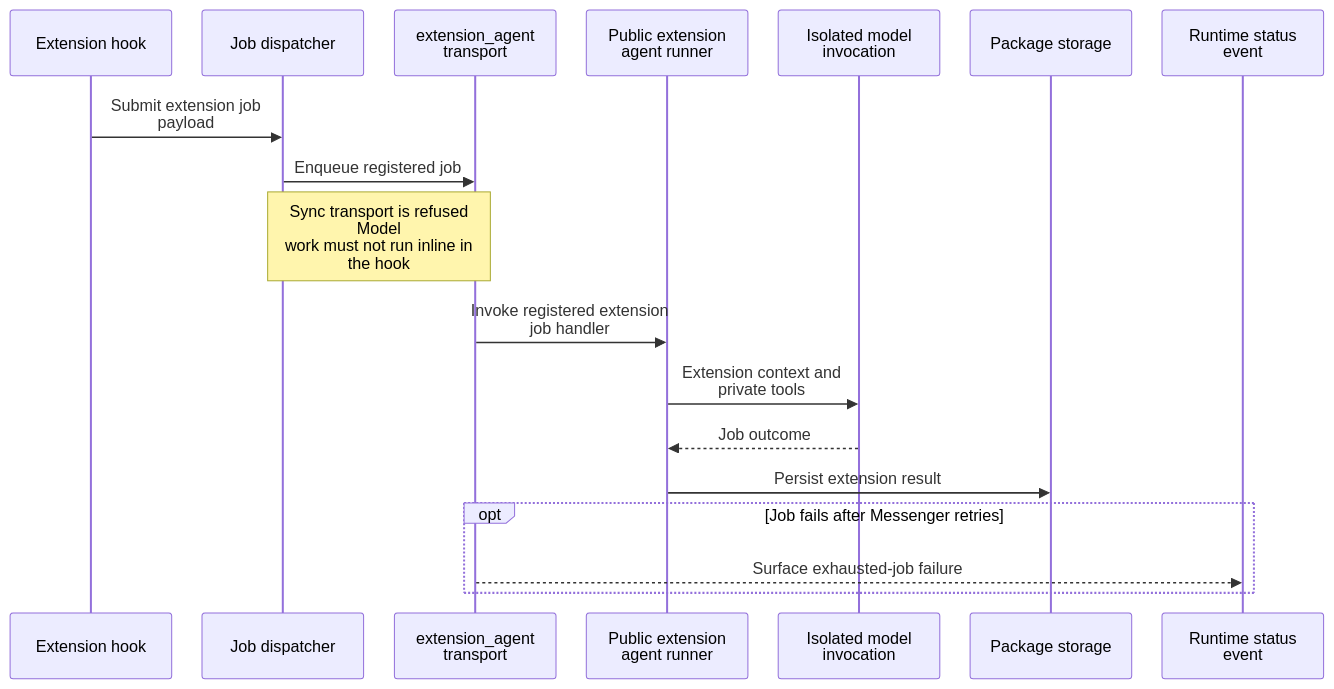
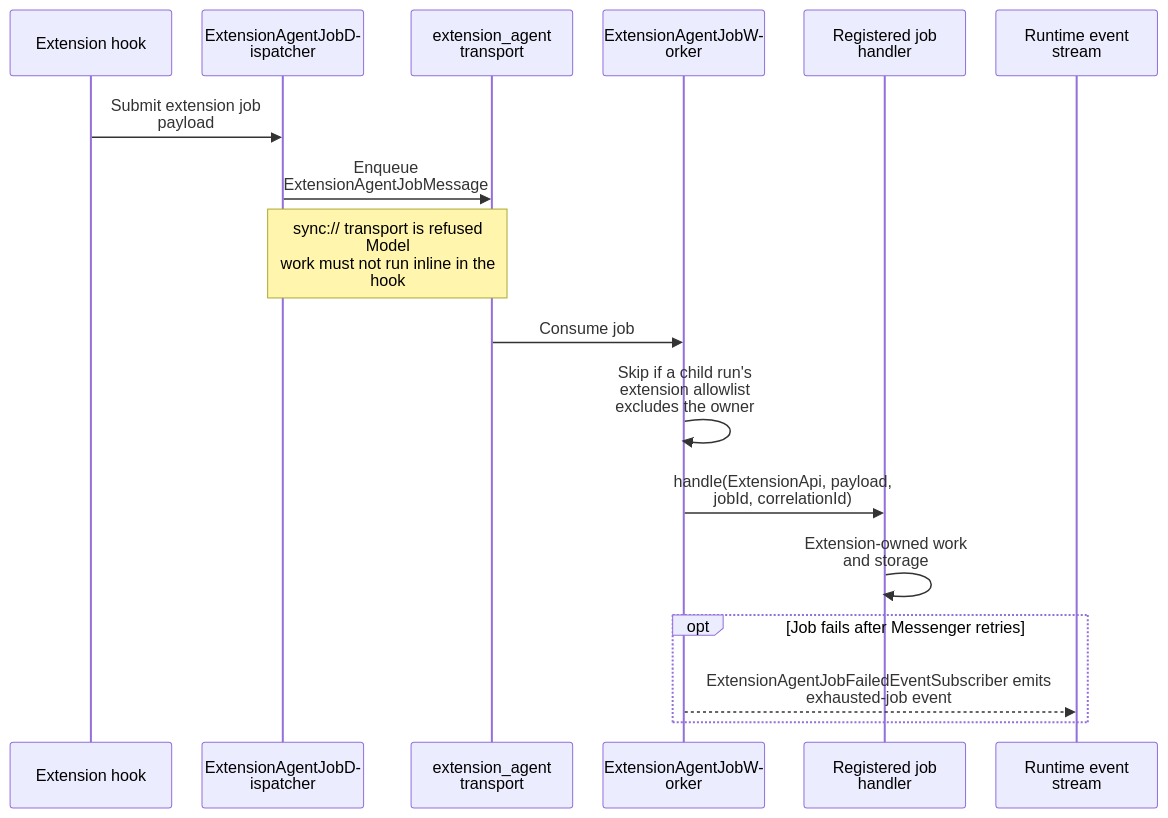
Before and after one commit to ineersa/agent-core: the fifth of 5 diagrams in architecture/extensions-and-agents.md, drawn with Mermaid. The commit also changed other lines of this file and 86 other files, not shown here.

First line of the commit message:
Fix documentation drift and expand architecture diagrams

````diff
--- a/architecture/extensions-and-agents.md
+++ b/architecture/extensions-and-agents.md
@@ -191,22 +207,21 @@
 ```mermaid
 %%{init: {"sequence": {"wrap": true, "width": 160, "actorMargin": 30, "diagramMarginX": 10, "messageMargin": 30}}}%%
 sequenceDiagram
     participant Hook as Extension hook
-    participant Dispatcher as Job dispatcher
+    participant Dispatcher as ExtensionAgentJobDispatcher
     participant Queue as extension_agent transport
-    participant Runner as Public extension agent runner
-    participant Model as Isolated model invocation
-    participant Package as Package storage
-    participant UI as Runtime status event
+    participant Worker as ExtensionAgentJobWorker
+    participant Handler as Registered job handler
+    participant UI as Runtime event stream
 
     Hook->>Dispatcher: Submit extension job payload
-    Dispatcher->>Queue: Enqueue registered job
-    Note over Dispatcher,Queue: Sync transport is refused<br/>Model work must not run inline in the hook
-    Queue->>Runner: Invoke registered extension job handler
-    Runner->>Model: Extension context and private tools
-    Model-->>Runner: Job outcome
-    Runner->>Package: Persist extension result
+    Dispatcher->>Queue: Enqueue ExtensionAgentJobMessage
+    Note over Dispatcher,Queue: sync:// transport is refused<br/>Model work must not run inline in the hook
+    Queue->>Worker: Consume job
+    Worker->>Worker: Skip if a child run's extension allowlist excludes the owner
+    Worker->>Handler: handle(ExtensionApi, payload, jobId, correlationId)
+    Handler->>Handler: Extension-owned work and storage
     opt Job fails after Messenger retries
-        Queue-->>UI: Surface exhausted-job failure
+        Worker-->>UI: ExtensionAgentJobFailedEventSubscriber emits exhausted-job event
     end
 ```
````
